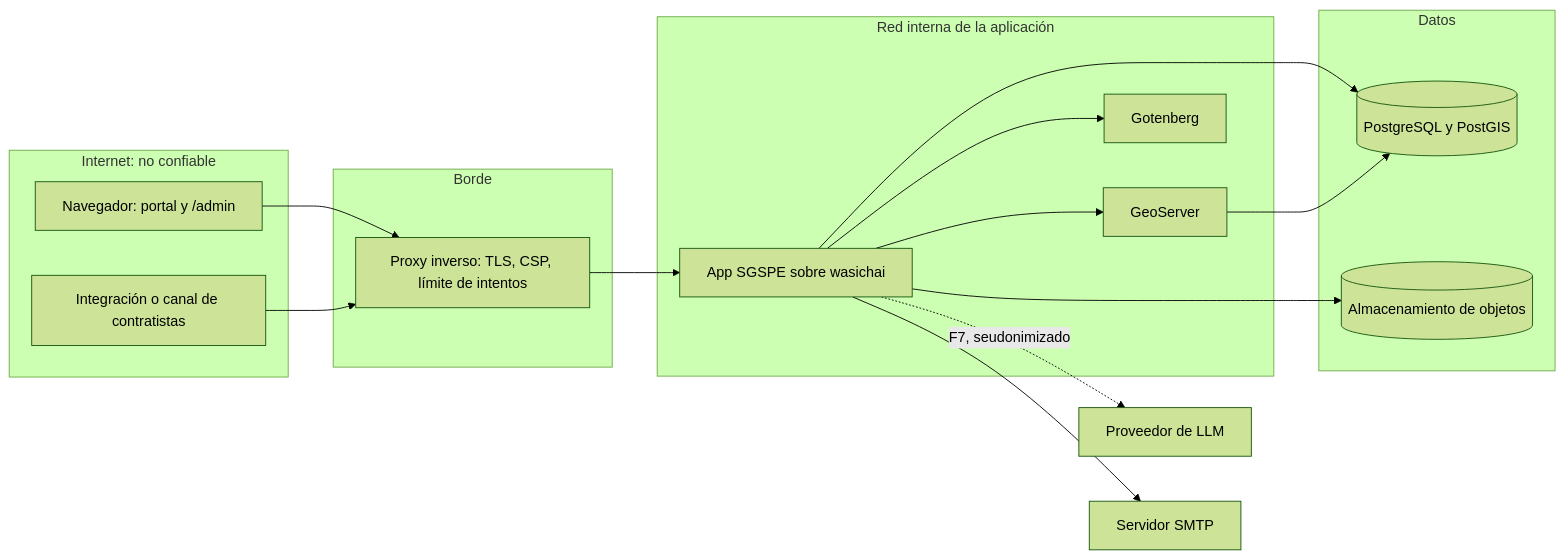
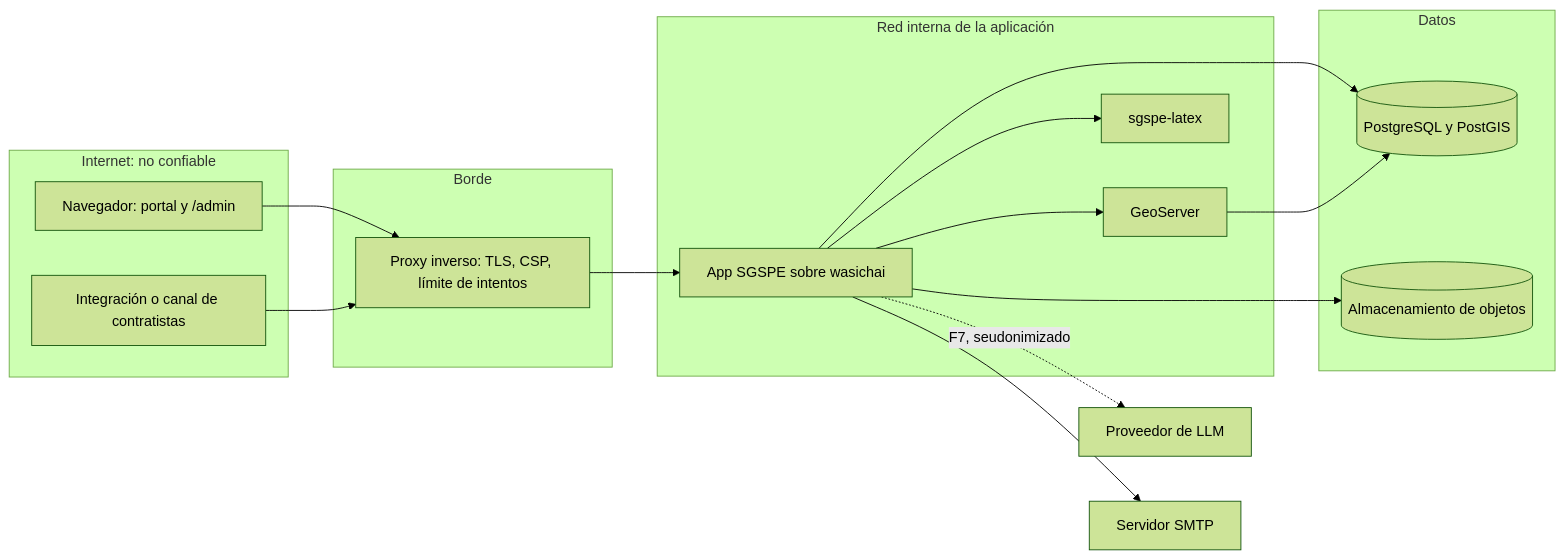
The first of 2 diagrams in docs/security.md (wasichai/sgspe), drawn with Mermaid (forest theme) before and after one commit. The commit also changed other lines of this file and 15 other files, not shown here.

````diff
--- a/docs/security.md
+++ b/docs/security.md
@@ -64,31 +64,31 @@
 ```mermaid
 flowchart LR
     subgraph INT["Internet: no confiable"]
         NAV["Navegador: portal y /admin"]
         SIS["Integración o canal de contratistas"]
     end
     subgraph BORDE["Borde"]
         PRX["Proxy inverso: TLS, CSP, límite de intentos"]
     end
     subgraph RED["Red interna de la aplicación"]
         APP["App SGSPE sobre wasichai"]
         GEO["GeoServer"]
-        GOT["Gotenberg"]
+        GOT["sgspe-latex"]
     end
     subgraph DATOS["Datos"]
         DB[("PostgreSQL y PostGIS")]
         OBJ[("Almacenamiento de objetos")]
     end
     LLM["Proveedor de LLM"]
     SMTP["Servidor SMTP"]
     NAV --> PRX
     SIS --> PRX
     PRX --> APP
     APP --> DB
     APP --> OBJ
     APP --> GEO
     GEO --> DB
     APP --> GOT
     APP -.->|"F7, seudonimizado"| LLM
     APP --> SMTP
 ```
````
